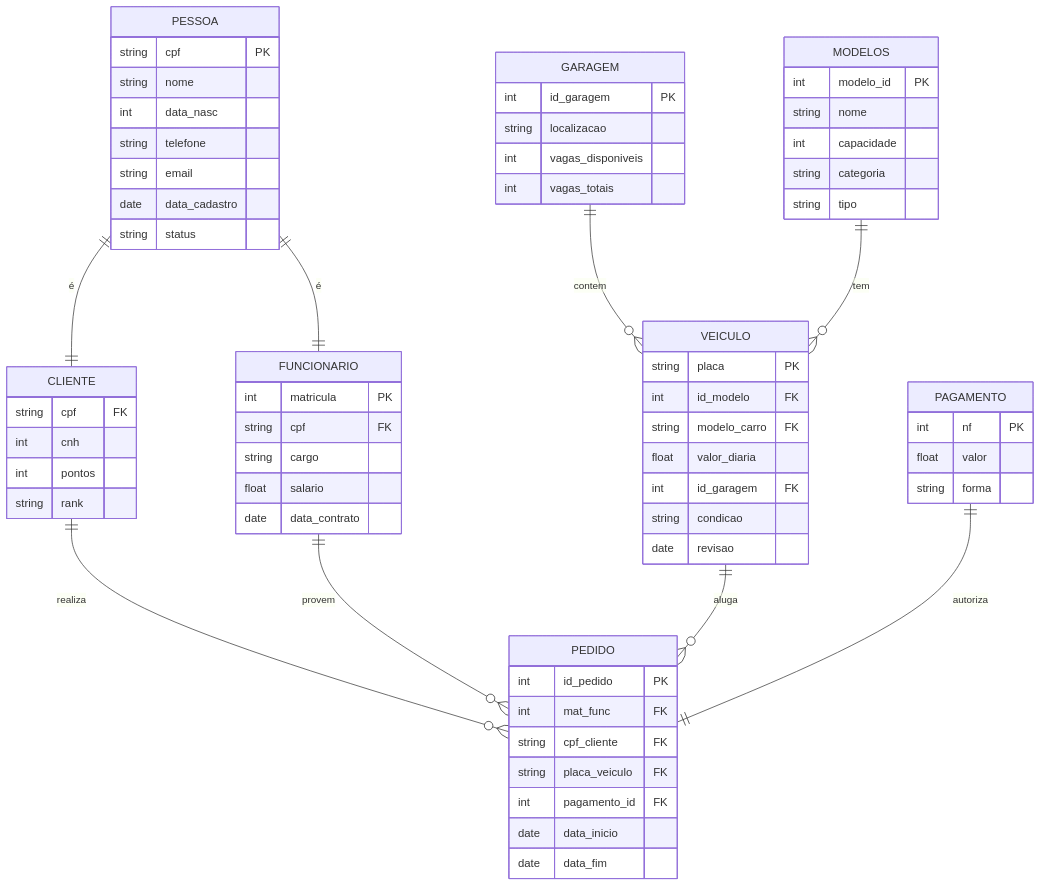
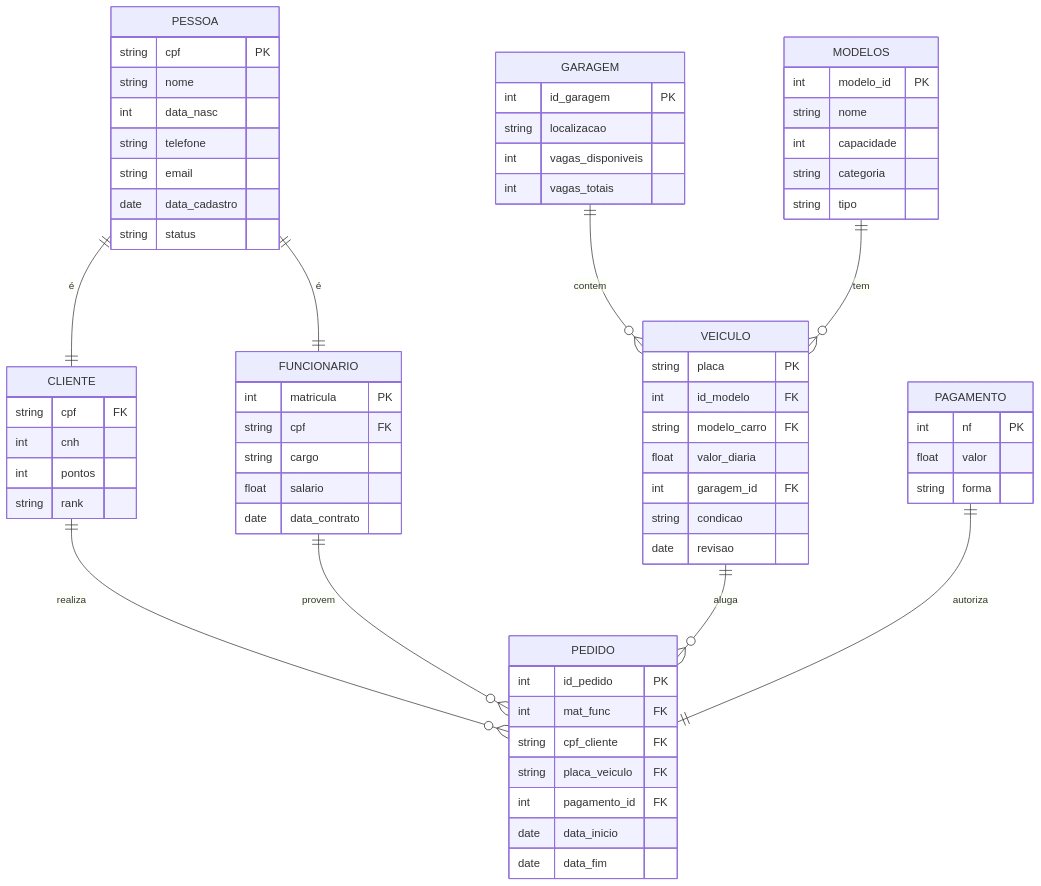
Before and after one commit to pedro-tsa/alucar: the diagram in README.md, drawn with Mermaid.

Commit message:
Rename id_garagem to garagem_id in README

````diff
--- a/README.md
+++ b/README.md
@@ -3,81 +3,81 @@
 ```mermaid
     erDiagram
 
 PESSOA {
     string cpf PK
     string nome
     int data_nasc
     string telefone
     string email
     date data_cadastro
     string status
 }
 
 CLIENTE {
     string cpf FK
     int cnh
     int pontos
     string rank
 }
 
 FUNCIONARIO {
     int matricula PK
     string cpf FK
     string cargo
     float salario
     date data_contrato
 }
 
 VEICULO {
     string placa PK
     int id_modelo FK
     string modelo_carro FK
     float valor_diaria
-    int id_garagem FK
+    int garagem_id FK
     string condicao
     date revisao
 }
 
 MODELOS {
     int modelo_id PK
     string nome
     int capacidade
     string categoria
     string tipo
 }
 
 GARAGEM {
     int id_garagem PK
     string localizacao
     int vagas_disponiveis
     int vagas_totais
 }
 
 PAGAMENTO {
     int nf PK
     float valor
     string forma
 }
 
 PEDIDO {
     int id_pedido PK
     int mat_func FK
     string cpf_cliente FK
     string placa_veiculo FK
     int pagamento_id FK
     date data_inicio
     date data_fim
 }
 PESSOA ||--|| CLIENTE : "é"
 PESSOA ||--|| FUNCIONARIO : "é"
 
 GARAGEM ||--o{ VEICULO : contem
 MODELOS ||--o{ VEICULO : tem
 
 CLIENTE ||--o{ PEDIDO : realiza
 FUNCIONARIO ||--o{ PEDIDO : provem
 VEICULO ||--o{ PEDIDO : aluga
 
 PAGAMENTO ||--|| PEDIDO : autoriza
 
 ```
````
